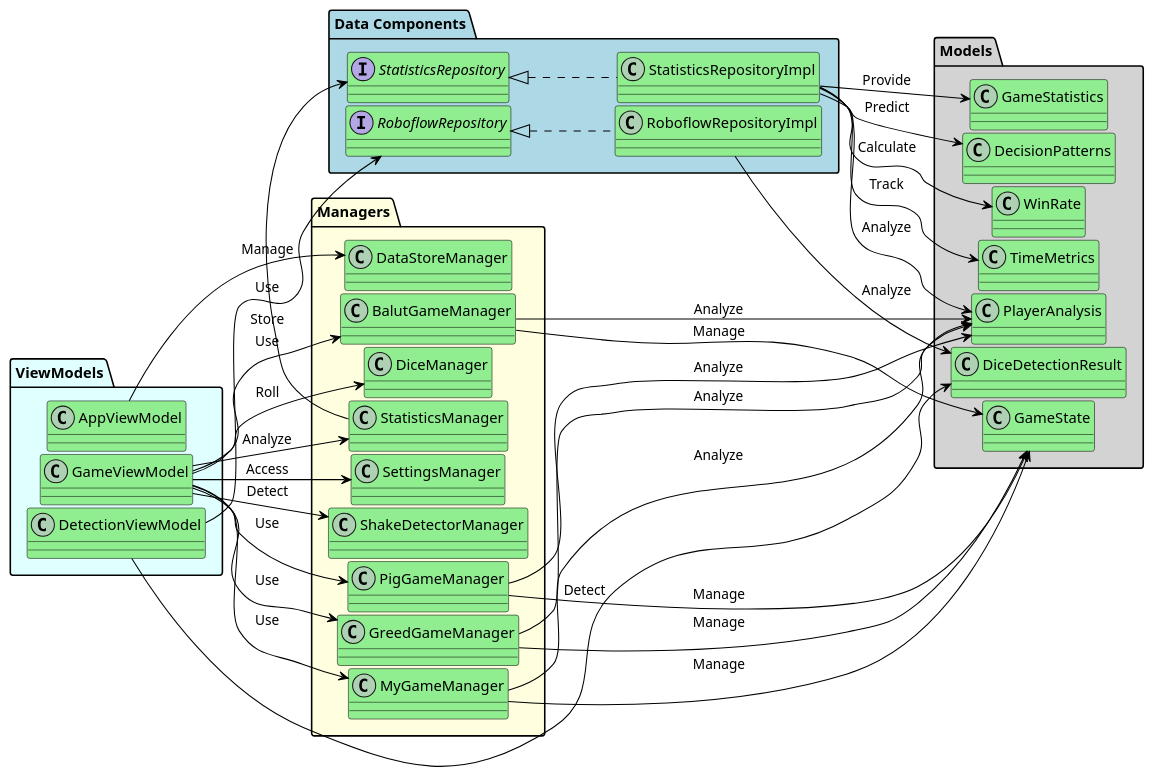
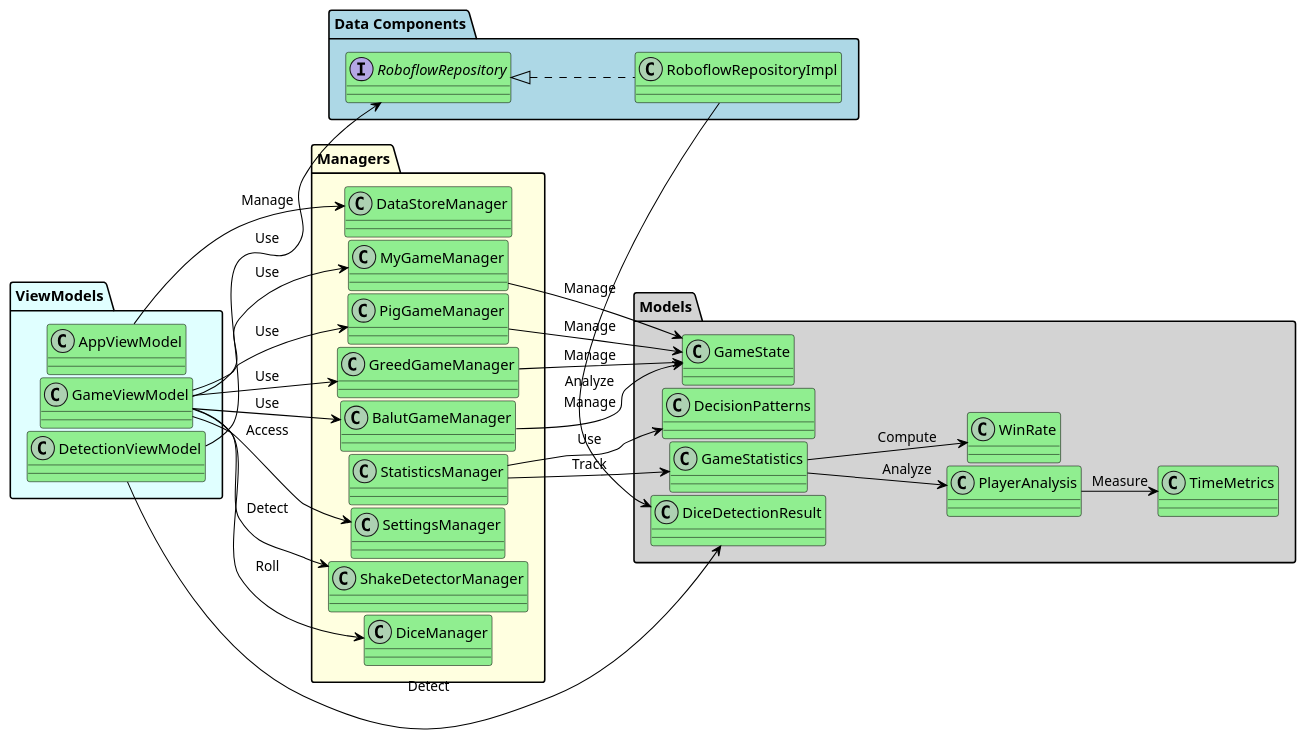
The diagram in uml/source/class_diagram.puml (Mayokun-Sofowora/kavi-documentation), drawn with PlantUML before and after one commit. The commit also changed 28 other files, not shown here.

```diff
--- a/uml/source/class_diagram.puml
+++ b/uml/source/class_diagram.puml
@@ -1,92 +1,82 @@
 @startuml class_diagram
 
 ' Force vertical layout
 left to right direction
 
 ' General styling
-'skinparam packageStyle node
 skinparam Padding 1
 skinparam ParticipantPadding 0
 skinparam ComponentPadding 0
 skinparam nodesep 3
 skinparam ranksep 3
 skinparam class {
     BackgroundColor LightGreen
     BorderColor Black
     ArrowColor Black
 }
 
 ' Core Game Managers
 package "Managers" #LightYellow {
     class MyGameManager
     class PigGameManager
     class GreedGameManager
     class BalutGameManager
 
     class DiceManager
     class DataStoreManager
-    class StatisticsManager
     class SettingsManager
     class ShakeDetectorManager
+    class StatisticsManager
 }
 
 ' Models
 package "Models" #LightGray {
     class GameState
-    class GameStatistics
     class PlayerAnalysis
     class DecisionPatterns
     class WinRate
     class TimeMetrics
     class DiceDetectionResult
+    class GameStatistics
 }
 
 ' ViewModels
 package "ViewModels" #LightCyan {
     class AppViewModel
     class GameViewModel
     class DetectionViewModel
 }
 
 ' Data Components
 package "Data Components" #LightBlue {
-    interface StatisticsRepository
-    class StatisticsRepositoryImpl implements StatisticsRepository
-
     interface RoboflowRepository
     class RoboflowRepositoryImpl implements RoboflowRepository
 }
 
 ' Relationships with one-word labels
 AppViewModel --> DataStoreManager : "Manage"
 GameViewModel --> MyGameManager : "Use"
 GameViewModel --> PigGameManager : "Use"
 GameViewModel --> GreedGameManager : "Use"
 GameViewModel --> BalutGameManager : "Use"
 GameViewModel --> DiceManager : "Roll"
-GameViewModel --> StatisticsManager : "Analyze"
 GameViewModel --> SettingsManager : "Access"
 GameViewModel --> ShakeDetectorManager : "Detect"
 
-StatisticsManager --> StatisticsRepository : "Store"
-StatisticsRepositoryImpl --> GameStatistics : "Provide"
-StatisticsRepositoryImpl --> PlayerAnalysis : "Analyze"
-StatisticsRepositoryImpl --> DecisionPatterns : "Predict"
-StatisticsRepositoryImpl --> WinRate : "Calculate"
-StatisticsRepositoryImpl --> TimeMetrics : "Track"
-
 DetectionViewModel --> DiceDetectionResult : "Detect"
 DetectionViewModel --> RoboflowRepository : "Use"
-RoboflowRepositoryImpl --> DiceDetectionResult : "Analyze"
+RoboflowRepositoryImpl -> DiceDetectionResult : "Analyze"
 
-MyGameManager --> GameState : "Manage"
-PigGameManager --> GameState : "Manage"
-GreedGameManager --> GameState : "Manage"
-BalutGameManager --> GameState : "Manage"
+MyGameManager -> GameState : "Manage"
+PigGameManager -> GameState : "Manage"
+GreedGameManager -> GameState : "Manage"
+BalutGameManager -> GameState : "Manage"
 
-MyGameManager --> PlayerAnalysis : "Analyze"
-PigGameManager --> PlayerAnalysis : "Analyze"
-GreedGameManager --> PlayerAnalysis : "Analyze"
-BalutGameManager --> PlayerAnalysis : "Analyze"
+' Updated relationships for statistics tracking
+StatisticsManager -> DecisionPatterns : "Use"
+StatisticsManager -> GameStatistics : "Track"
+GameStatistics --> WinRate : "Compute"
+GameStatistics --> PlayerAnalysis : "Analyze"
+PlayerAnalysis --> TimeMetrics : "Measure"
 
 @enduml
```
